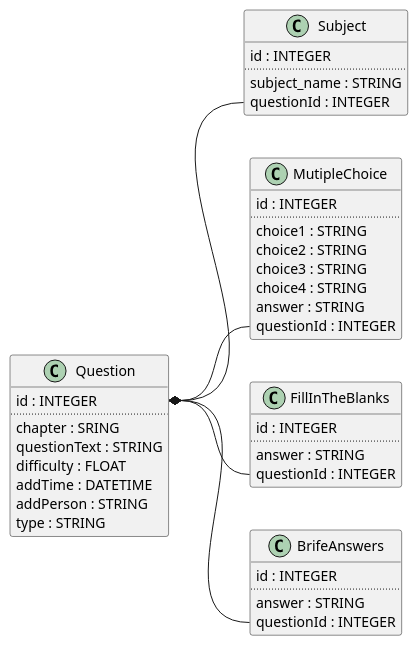
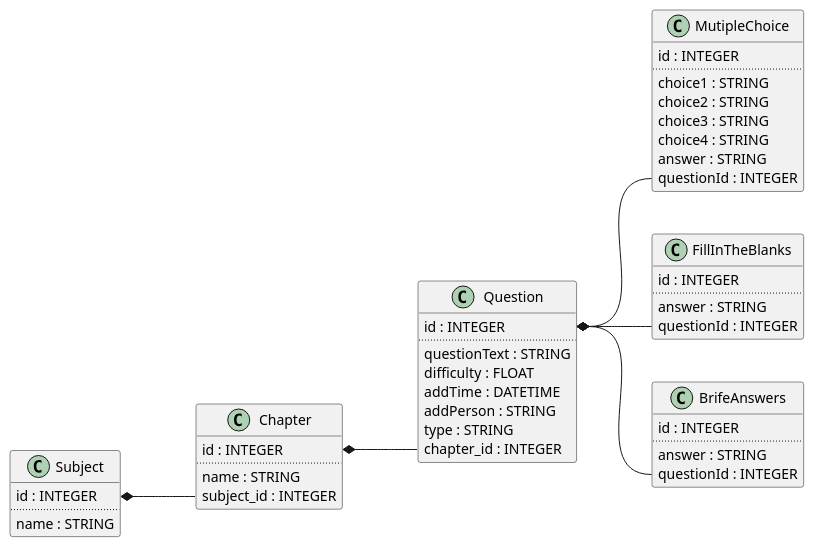
One commit to Chandler-Bang/QR_Class changed the diagram in ER/Models.puml. Above: the diagram before and after it, drawn with PlantUML. The commit also changed 9 other files, not shown here.

```diff
--- a/ER/Models.puml
+++ b/ER/Models.puml
@@ -1,50 +1,60 @@
 @startuml Models
 left to right direction
 class Subject{
     id : INTEGER
     ..
-    subject_name : STRING
-    questionId : INTEGER
+    name : STRING
 }
+
+
+class Chapter{
+    id : INTEGER
+    ..
+    name : STRING
+    subject_id : INTEGER
+}
+
+
 class Question{
     id : INTEGER
     ..
-    chapter : SRING
     questionText : STRING
     difficulty : FLOAT
     addTime : DATETIME
     addPerson : STRING
     type : STRING
+    chapter_id : INTEGER
 }
 
 class MutipleChoice{
     id : INTEGER
     ..
     choice1 : STRING
     choice2 : STRING
     choice3 : STRING
     choice4 : STRING
     answer : STRING
     questionId : INTEGER
 }
 
 class FillInTheBlanks{
     id : INTEGER
     ..
     answer : STRING
     questionId : INTEGER
 }
 
 class BrifeAnswers{
     id : INTEGER
     ..
     answer : STRING
     questionId : INTEGER
 }
 
+Subject::id *-- Chapter::subject_id
+Chapter::id *-- Question::chapter_id
 Question::id *-- MutipleChoice::questionId
 Question::id *-- FillInTheBlanks::questionId
 Question::id *-- BrifeAnswers::questionId
-Question::id *-- Subject::questionId
 
 @enduml
```
